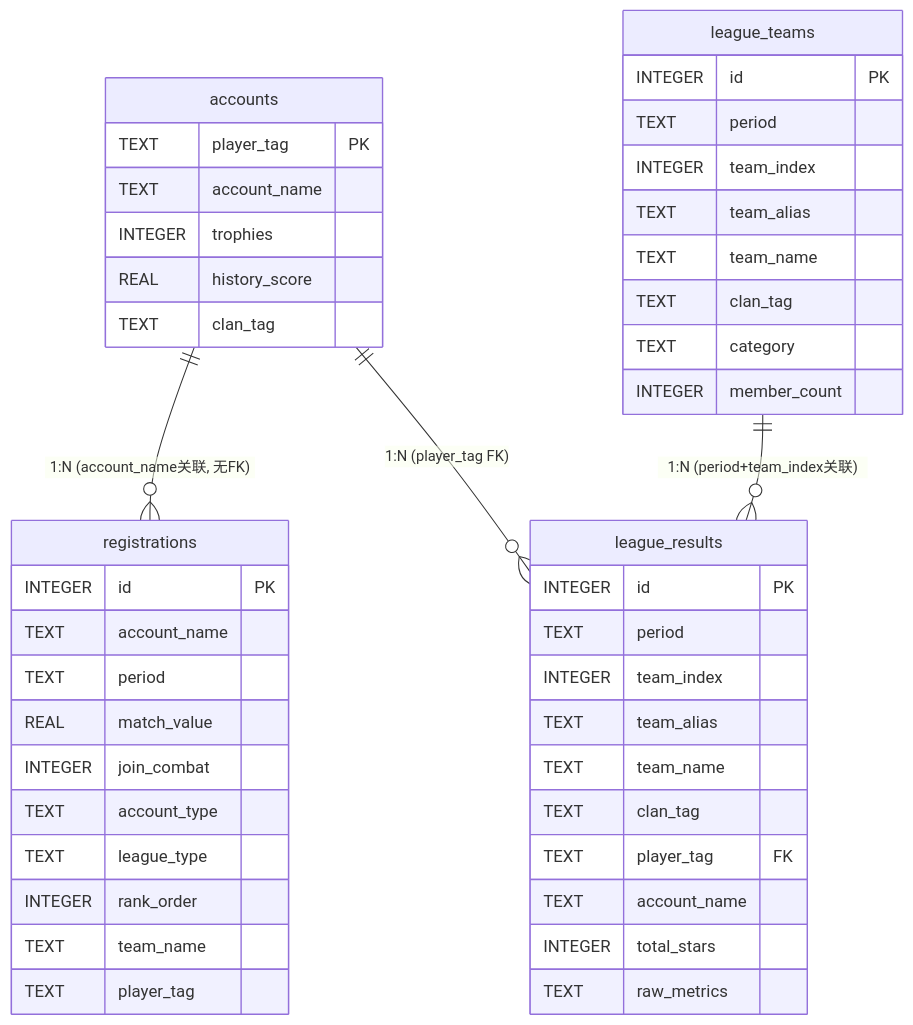
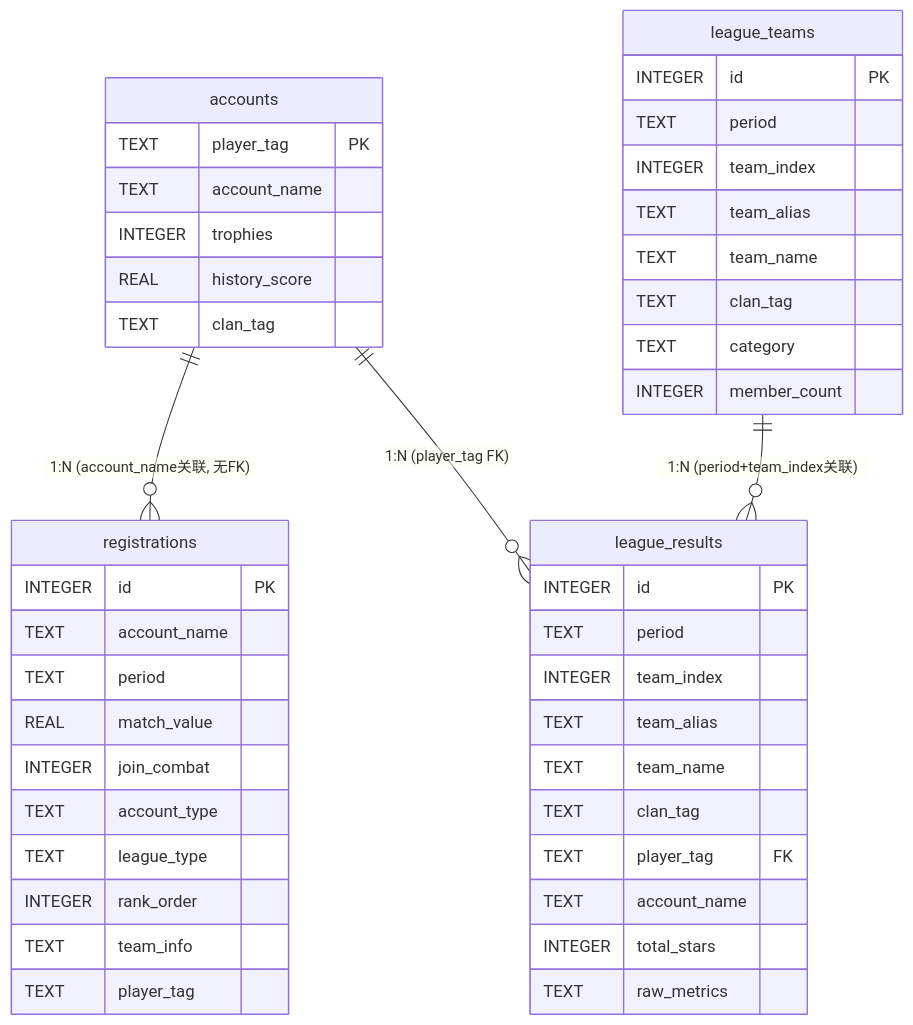
Before and after one commit to Pluto1944/sky-admin: the first of 3 diagrams in docs/02-database.md, drawn with Mermaid. The commit also changed 1 other file, not shown here.

Commit message:
docs: define table consolidation criteria

````diff
--- a/docs/02-database.md
+++ b/docs/02-database.md
@@ -51,53 +51,53 @@
 ```mermaid
 erDiagram
     accounts ||--o{ registrations : "1:N (account_name关联, 无FK)"
     accounts ||--o{ league_results : "1:N (player_tag FK)"
 
     league_teams ||--o{ league_results : "1:N (period+team_index关联)"
 
     accounts {
         TEXT player_tag PK
         TEXT account_name
         INTEGER trophies
         REAL history_score
         TEXT clan_tag
     }
 
     registrations {
         INTEGER id PK
         TEXT account_name
         TEXT period
         REAL match_value
         INTEGER join_combat
         TEXT account_type
         TEXT league_type
         INTEGER rank_order
-        TEXT team_name
+        TEXT team_info
         TEXT player_tag
     }
 
     league_teams {
         INTEGER id PK
         TEXT period
         INTEGER team_index
         TEXT team_alias
         TEXT team_name
         TEXT clan_tag
         TEXT category
         INTEGER member_count
     }
 
     league_results {
         INTEGER id PK
         TEXT period
         INTEGER team_index
         TEXT team_alias
         TEXT team_name
         TEXT clan_tag
         TEXT player_tag FK
         TEXT account_name
         INTEGER total_stars
         TEXT raw_metrics
     }
 
 ```
````
